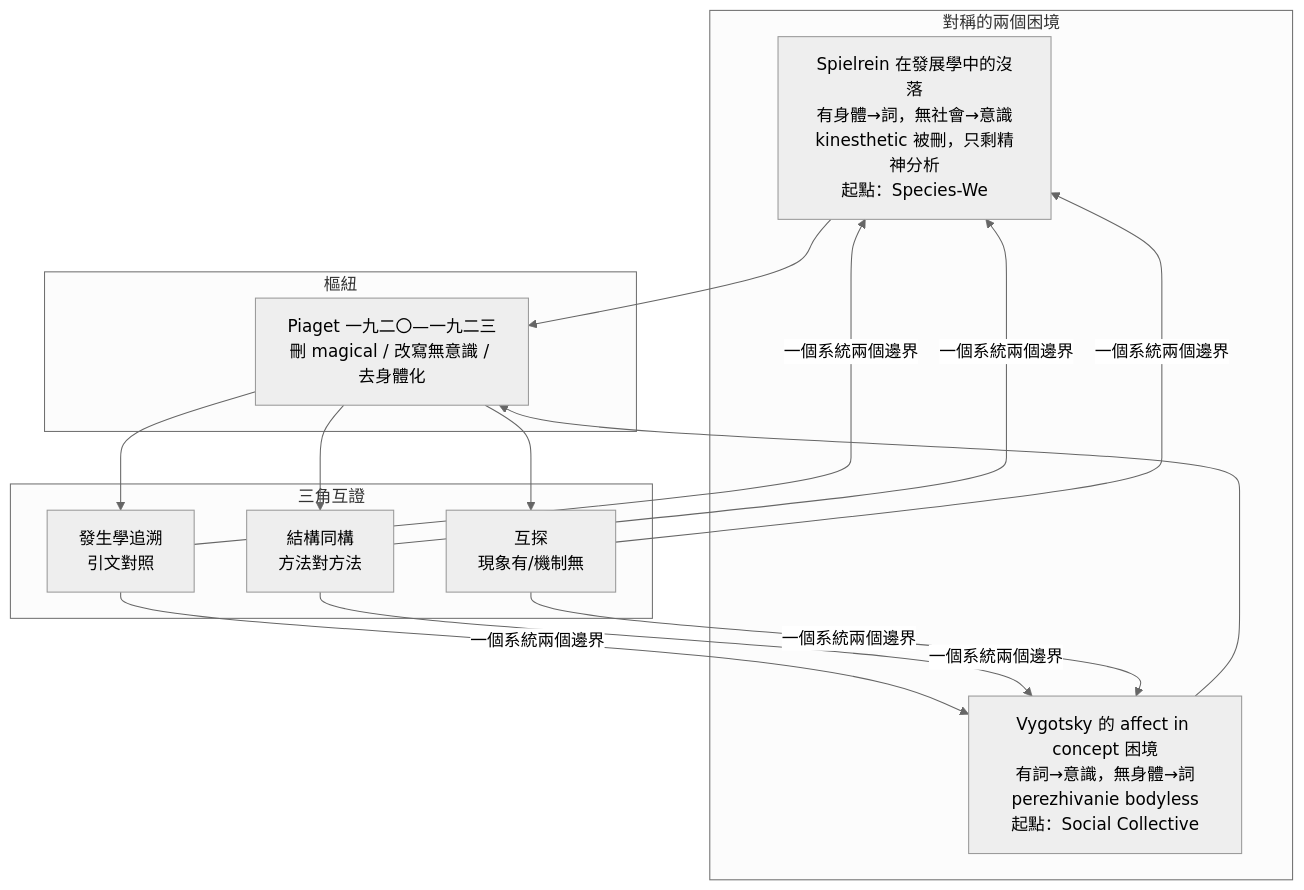
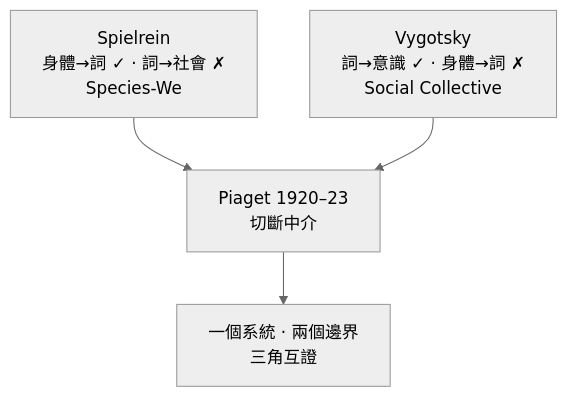
Before and after one commit to octobersayhi/vygotsky-psy: the first of 4 diagrams in docs/horizon-threshold-complementarity-paper.md, drawn with Mermaid (neutral theme). The commit also changed other lines of this file and 1 other file, not shown here.

Commit message:
paper+web: simplify mermaid (4 charts), add glossary with tooltips, improve citation styling, mobile polish

````diff
--- a/docs/horizon-threshold-complementarity-paper.md
+++ b/docs/horizon-threshold-complementarity-paper.md
@@ -34,18 +45,10 @@
 ```mermaid
 flowchart TB
-    subgraph Problem["對稱的兩個困境"]
-        S["Spielrein 在發展學中的沒落<br/>有身體→詞，無社會→意識<br/>kinesthetic 被刪，只剩精神分析<br/>起點：Species-We"]
-        V["Vygotsky 的 affect in concept 困境<br/>有詞→意識，無身體→詞<br/>perezhivanie bodyless<br/>起點：Social Collective"]
-    end
-    subgraph Hinge["樞紐"]
-        P["Piaget 一九二〇—一九二三<br/>刪 magical / 改寫無意識 / 去身體化"]
-    end
-    subgraph Method["三角互證"]
-        M1["發生學追溯<br/>引文對照"]
-        M2["結構同構<br/>方法對方法"]
-        M3["互探<br/>現象有/機制無"]
-    end
-    S & V --> P
-    P --> M1 & M2 & M3
-    M1 & M2 & M3 -->|"一個系統兩個邊界"| S & V
+    S["Spielrein<br/>身體→詞 ✓ · 詞→社會 ✗<br/>Species-We"]
+    V["Vygotsky<br/>詞→意識 ✓ · 身體→詞 ✗<br/>Social Collective"]
+    P["Piaget 1920–23<br/>切斷中介"]
+    C["一個系統 · 兩個邊界<br/>三角互證"]
+    S --> P
+    V --> P
+    P --> C
 ```
````
